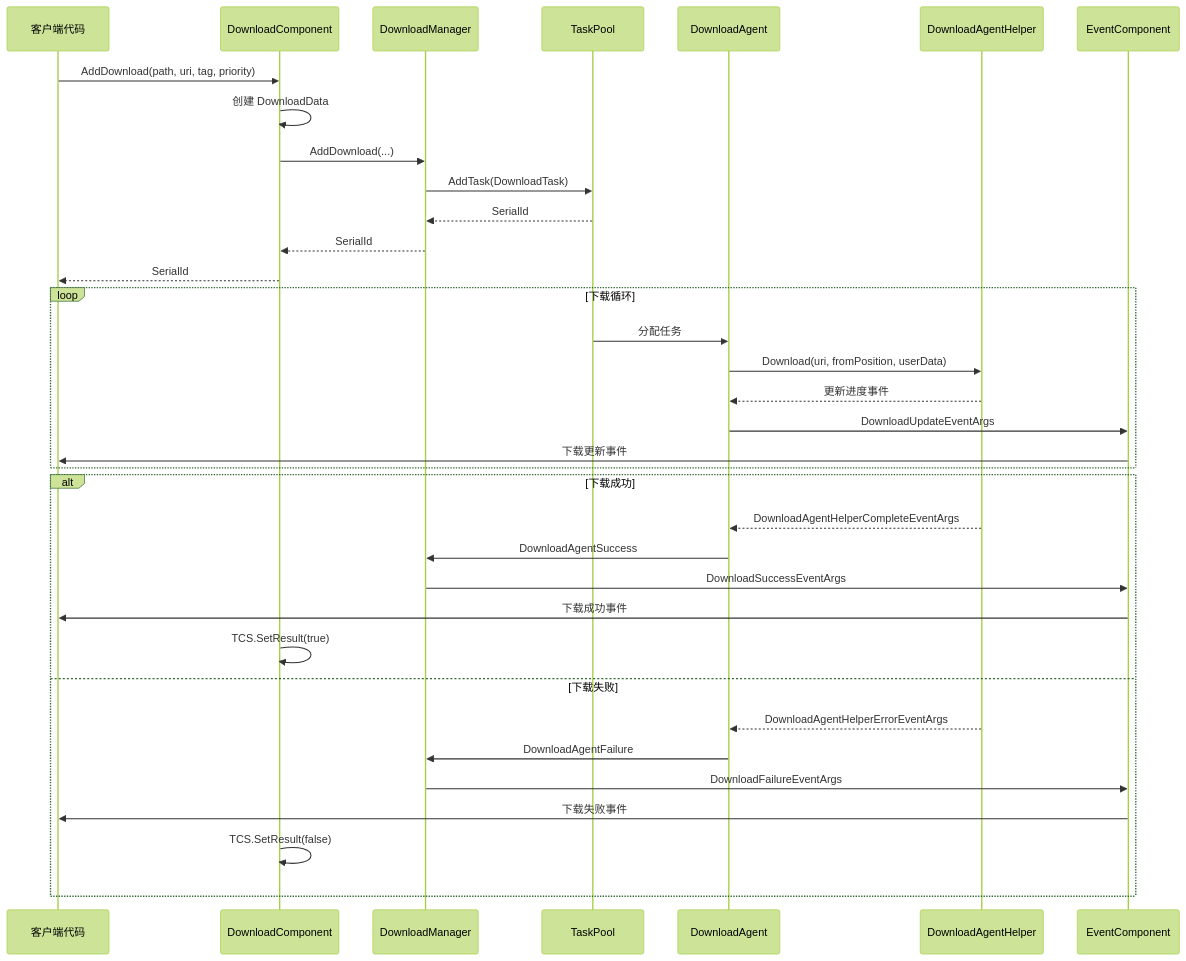
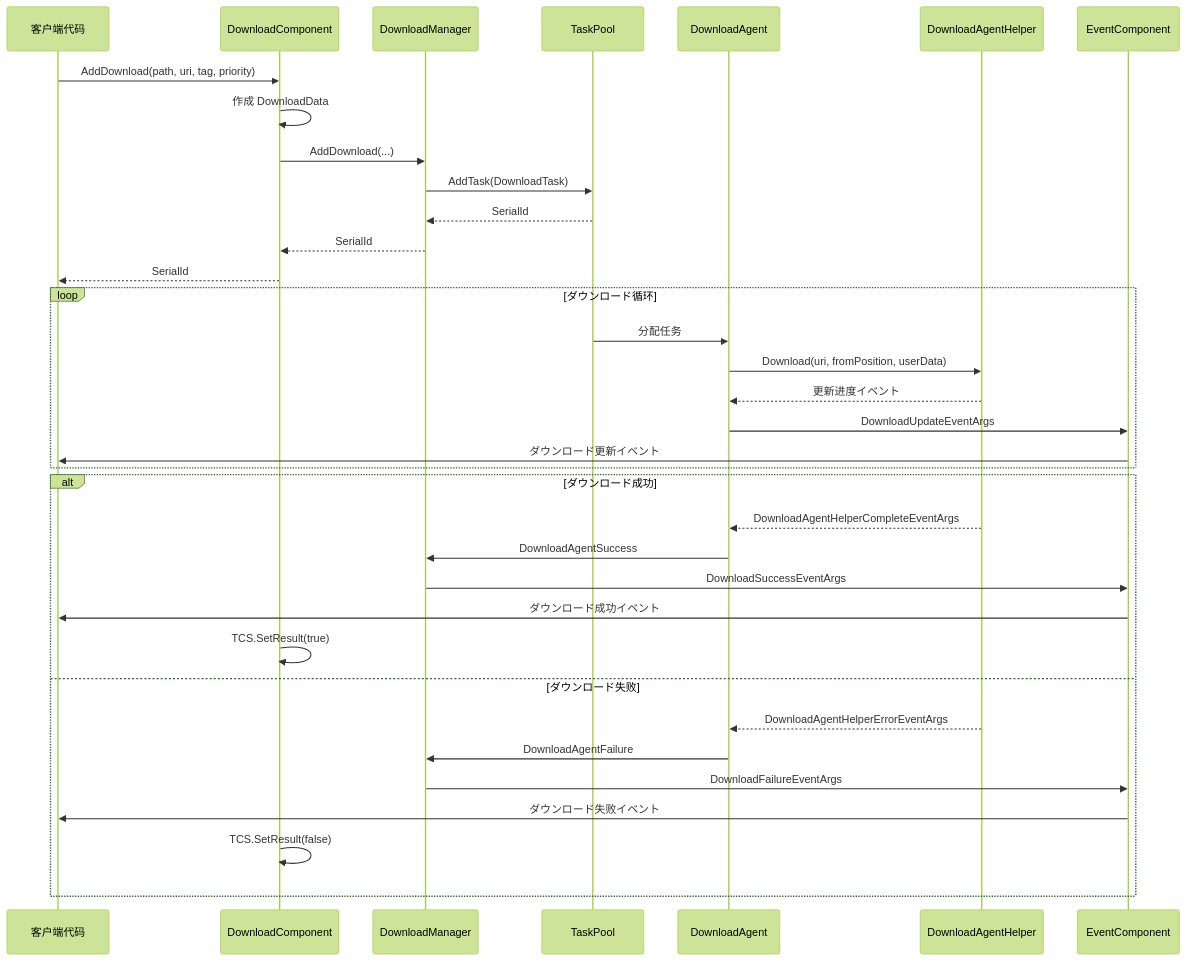
Before and after one commit to AlianBlank/GameFrameX.Docs: the third of 4 diagrams in docs/ja/client/unity/component/download/08.download-component.md, drawn with Mermaid (forest theme). The commit also changed other lines of this file and 603 other files, not shown here.

````diff
--- a/docs/ja/client/unity/component/download/08.download-component.md
+++ b/docs/ja/client/unity/component/download/08.download-component.md
@@ -225,40 +225,40 @@
 ```mermaid
 sequenceDiagram
     participant Client as 客户端代码
     participant DC as DownloadComponent
     participant DM as DownloadManager
     participant TP as TaskPool
     participant DA as DownloadAgent
     participant DAH as DownloadAgentHelper
     participant EC as EventComponent
 
     Client->>DC: AddDownload(path, uri, tag, priority)
-    DC->>DC: 创建 DownloadData
+    DC->>DC: 作成 DownloadData
     DC->>DM: AddDownload(...)
     DM->>TP: AddTask(DownloadTask)
     TP-->>DM: SerialId
     DM-->>DC: SerialId
     DC-->>Client: SerialId
 
-    loop 下载循环
+    loop ダウンロード循环
         TP->>DA: 分配任务
         DA->>DAH: Download(uri, fromPosition, userData)
-        DAH-->>DA: 更新进度事件
+        DAH-->>DA: 更新进度イベント
         DA->>EC: DownloadUpdateEventArgs
-        EC->>Client: 下载更新事件
+        EC->>Client: ダウンロード更新イベント
     end
 
-    alt 下载成功
+    alt ダウンロード成功
         DAH-->>DA: DownloadAgentHelperCompleteEventArgs
         DA->>DM: DownloadAgentSuccess
         DM->>EC: DownloadSuccessEventArgs
-        EC->>Client: 下载成功事件
+        EC->>Client: ダウンロード成功イベント
         DC->>DC: TCS.SetResult(true)
-    else 下载失败
+    else ダウンロード失败
         DAH-->>DA: DownloadAgentHelperErrorEventArgs
         DA->>DM: DownloadAgentFailure
         DM->>EC: DownloadFailureEventArgs
-        EC->>Client: 下载失败事件
+        EC->>Client: ダウンロード失败イベント
         DC->>DC: TCS.SetResult(false)
     end
 ```
````
